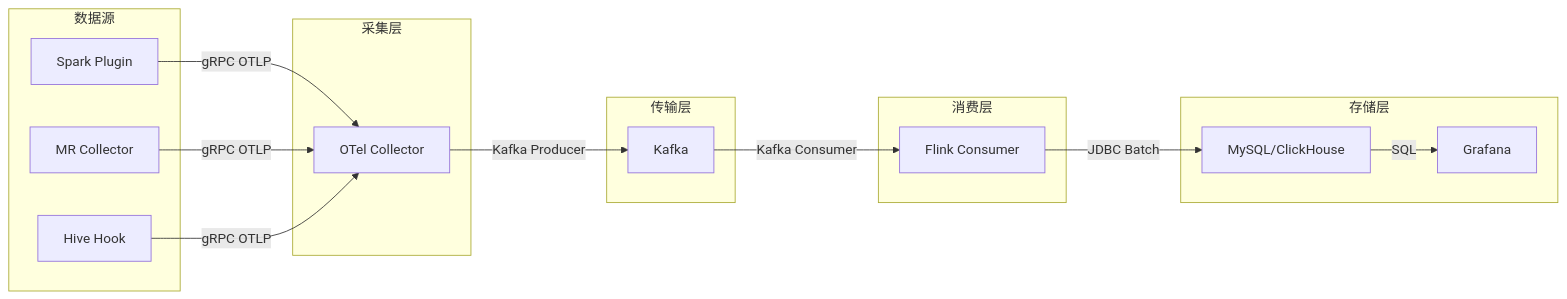
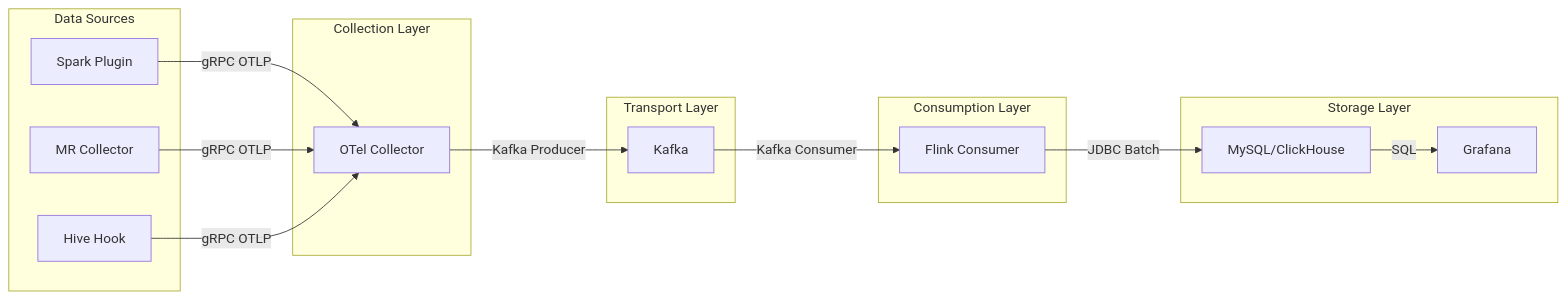
The diagram in docs/architecture.md (xmg333/hadoop-telemetry-stack), drawn with Mermaid before and after one commit. The commit also changed other lines of this file and 69 other files, not shown here.

````diff
--- a/docs/architecture.md
+++ b/docs/architecture.md
@@ -5,28 +5,28 @@
 ```mermaid
 graph LR
-    subgraph 数据源
+    subgraph Data Sources
         SP[Spark Plugin]
         MR[MR Collector]
         HV[Hive Hook]
     end
-    subgraph 采集层
+    subgraph Collection Layer
         OTel[OTel Collector]
     end
-    subgraph 传输层
+    subgraph Transport Layer
         KF[Kafka]
     end
-    subgraph 消费层
+    subgraph Consumption Layer
         FK[Flink Consumer]
     end
-    subgraph 存储层
+    subgraph Storage Layer
         MY[MySQL/ClickHouse]
         GF[Grafana]
     end
     SP -->|gRPC OTLP| OTel
     MR -->|gRPC OTLP| OTel
     HV -->|gRPC OTLP| OTel
     OTel -->|Kafka Producer| KF
     KF -->|Kafka Consumer| FK
     FK -->|JDBC Batch| MY
     MY -->|SQL| GF
 ```
````
